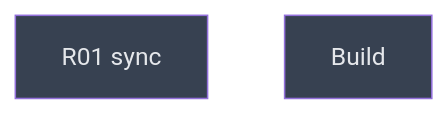
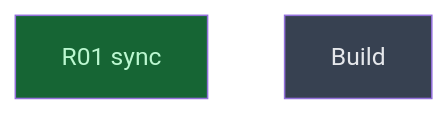
One commit to CrackingShells/cracking-shells-playbook changed the diagram in __roadmap__/m1-core-foundation/settle/README.md. Above: the diagram before and after it, drawn with Mermaid. The commit also changed other lines of this file and 2 other files, not shown here.

Commit message:
chore(roadmap): close the m1 r01 sync

````diff
--- a/__roadmap__/m1-core-foundation/settle/README.md
+++ b/__roadmap__/m1-core-foundation/settle/README.md
@@ -17,10 +17,10 @@
 ```mermaid
 graph TD
-    r01_sync[R01 sync]:::planned
+    r01_sync[R01 sync]:::done
     build[Build]:::planned
     classDef done       fill:#166534,color:#bbf7d0
     classDef inprogress fill:#854d0e,color:#fef08a
     classDef planned    fill:#374151,color:#e5e7eb
     classDef amendment  fill:#1e3a5f,color:#bfdbfe
     classDef blocked    fill:#7f1d1d,color:#fecaca
 ```
````
